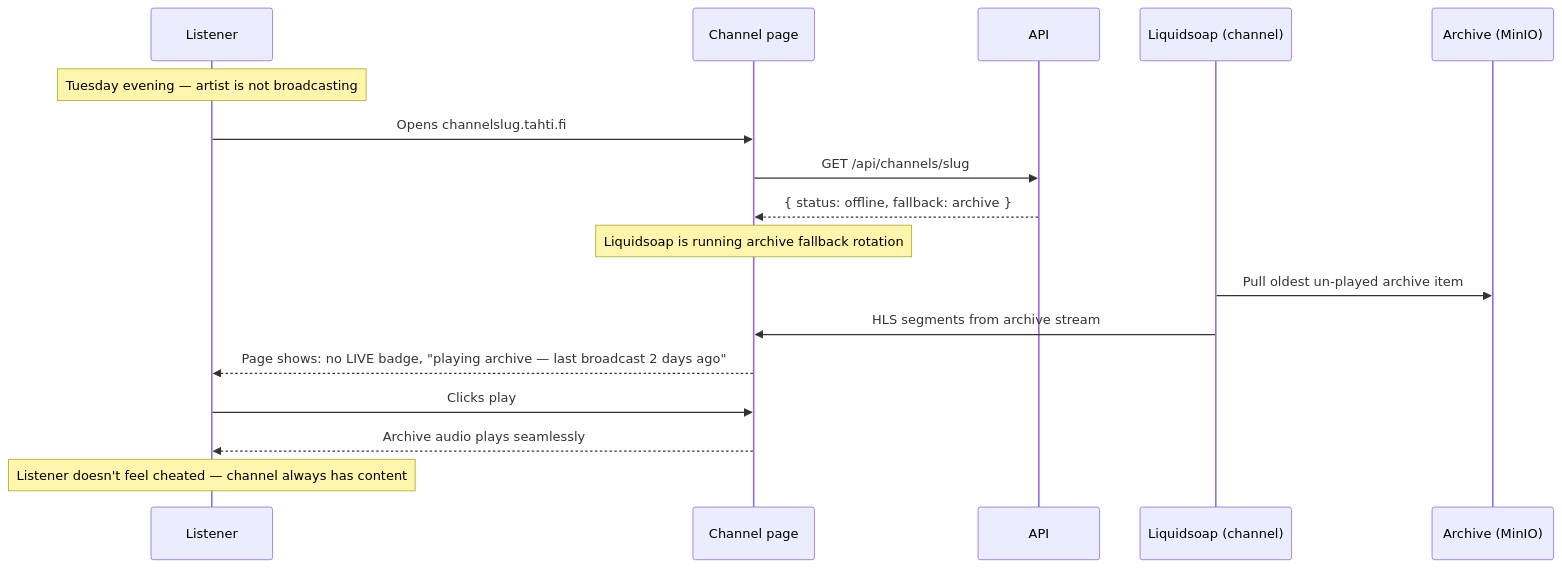
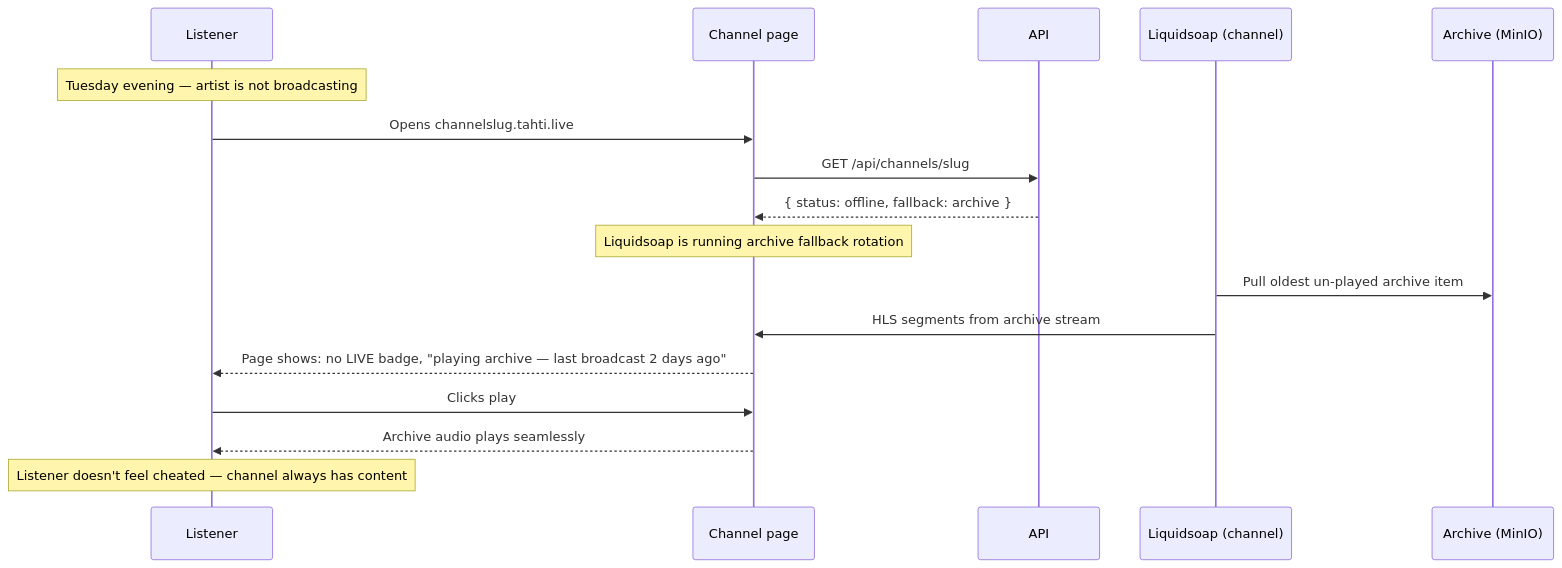
The third of 7 diagrams in docs/technical/journey-listener.md (janiluuk/tahti-org), drawn with Mermaid before and after one commit. The commit also changed other lines of this file and 148 other files, not shown here.

First line of the commit message:
feat(m10): member governance, chat polish, domain rename to tahti.live

````diff
--- a/docs/technical/journey-listener.md
+++ b/docs/technical/journey-listener.md
@@ -78,23 +78,23 @@
 ```mermaid
 sequenceDiagram
     participant L as Listener
     participant CH as Channel page
     participant API as API
     participant LS as Liquidsoap (channel)
     participant ARCH as Archive (MinIO)
 
     Note over L: Tuesday evening — artist is not broadcasting
-    L->>CH: Opens channelslug.tahti.fi
+    L->>CH: Opens channelslug.tahti.live
     CH->>API: GET /api/channels/slug
     API-->>CH: { status: offline, fallback: archive }
 
     Note over CH: Liquidsoap is running archive fallback rotation
     LS->>ARCH: Pull oldest un-played archive item
     LS->>CH: HLS segments from archive stream
 
     CH-->>L: Page shows: no LIVE badge, "playing archive — last broadcast 2 days ago"
     L->>CH: Clicks play
     CH-->>L: Archive audio plays seamlessly
 
     Note over L: Listener doesn't feel cheated — channel always has content
 ```
````
